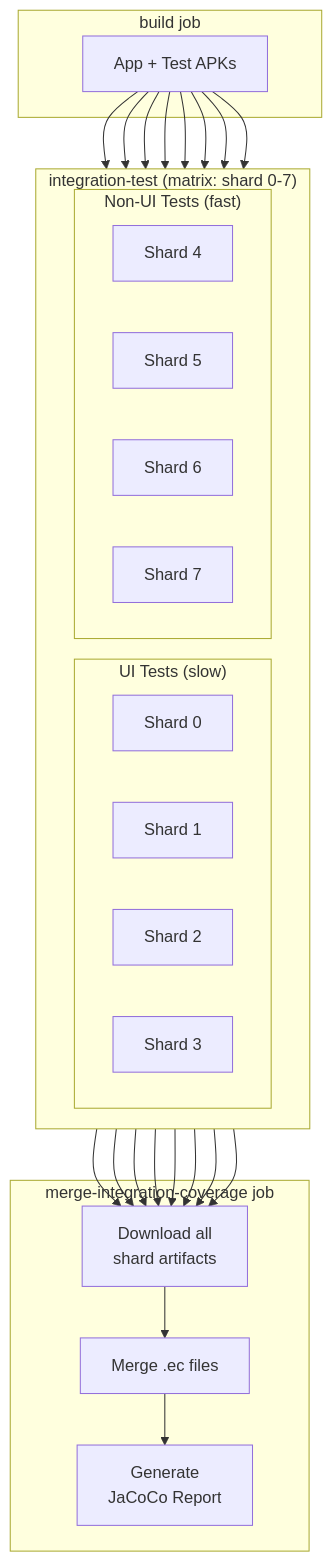
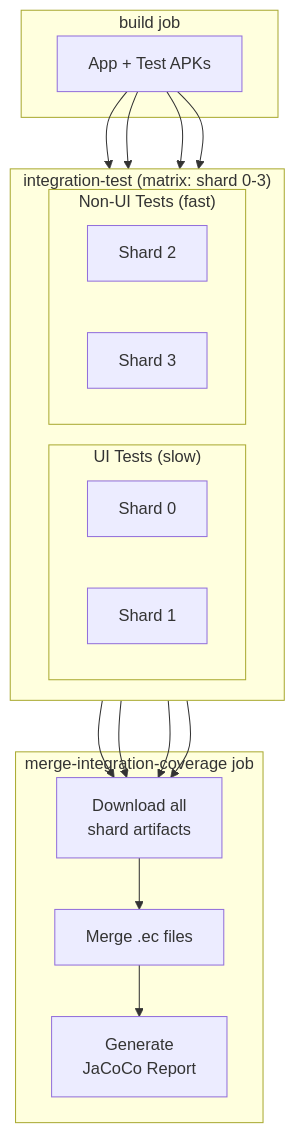
One commit to williscool/CalendarNotification changed the diagram in docs/test_sharding.md. Above: the diagram before and after it, drawn with Mermaid. The commit also changed other lines of this file and 2 other files, not shown here.

Commit message:
ci: 4 shards it is

````diff
--- a/docs/test_sharding.md
+++ b/docs/test_sharding.md
@@ -28,32 +26,28 @@
 ```mermaid
 flowchart TB
     subgraph BuildJob["build job"]
         APK["App + Test APKs"]
     end
     
-    subgraph ParallelShards["integration-test (matrix: shard 0-7)"]
+    subgraph ParallelShards["integration-test (matrix: shard 0-3)"]
         direction LR
         subgraph UIShards["UI Tests (slow)"]
             S0["Shard 0"]
             S1["Shard 1"]
+        end
+        subgraph NonUIShards["Non-UI Tests (fast)"]
             S2["Shard 2"]
             S3["Shard 3"]
-        end
-        subgraph NonUIShards["Non-UI Tests (fast)"]
-            S4["Shard 4"]
-            S5["Shard 5"]
-            S6["Shard 6"]
-            S7["Shard 7"]
         end
     end
     
     subgraph MergeJob["merge-integration-coverage job"]
         Download["Download all<br/>shard artifacts"]
         Merge["Merge .ec files"]
         JaCoCo["Generate<br/>JaCoCo Report"]
         Download --> Merge --> JaCoCo
     end
     
-    APK --> S0 & S1 & S2 & S3 & S4 & S5 & S6 & S7
-    S0 & S1 & S2 & S3 & S4 & S5 & S6 & S7 --> Download
+    APK --> S0 & S1 & S2 & S3
+    S0 & S1 & S2 & S3 --> Download
 ```
````
